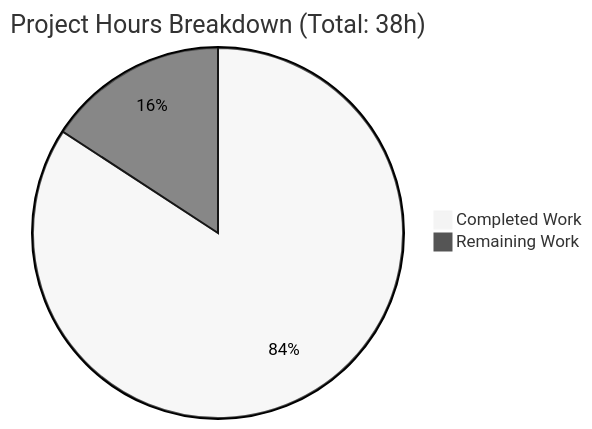
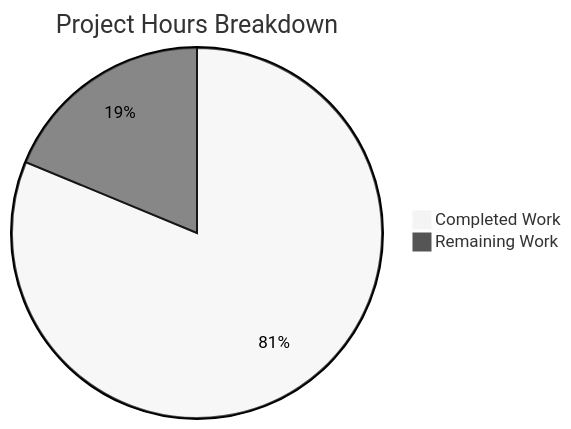
Before and after one commit to lakshya-blitzy/Dec_repo_with_valid_mul_files: the diagram in blitzy/documentation/Project Guide.md, drawn with Mermaid (neutral theme). The commit also changed other lines of this file, not shown here.

Commit message:
Adding Blitzy Project Guide: Project Status and Human Tasks Remaining

````diff
--- a/blitzy/documentation/Project Guide.md
+++ b/blitzy/documentation/Project Guide.md
@@ -31,5 +29,5 @@
 ```mermaid
-pie title Project Hours Breakdown (Total: 38h)
-    "Completed Work" : 32
+pie title Project Hours Breakdown
+    "Completed Work" : 26
     "Remaining Work" : 6
 ```
````
